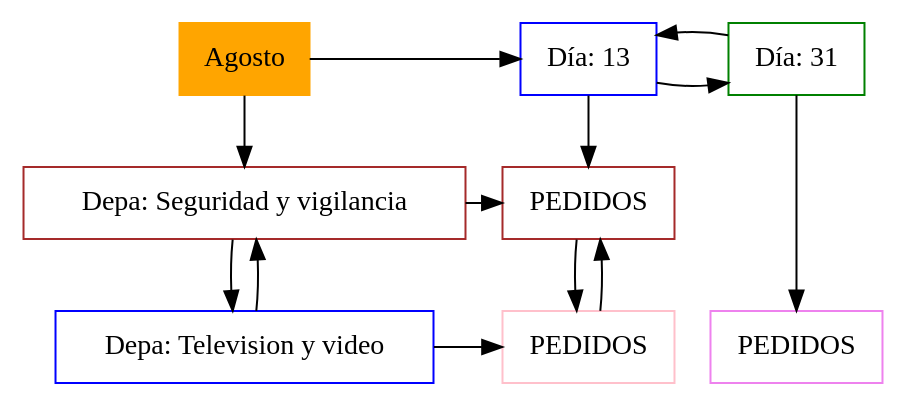
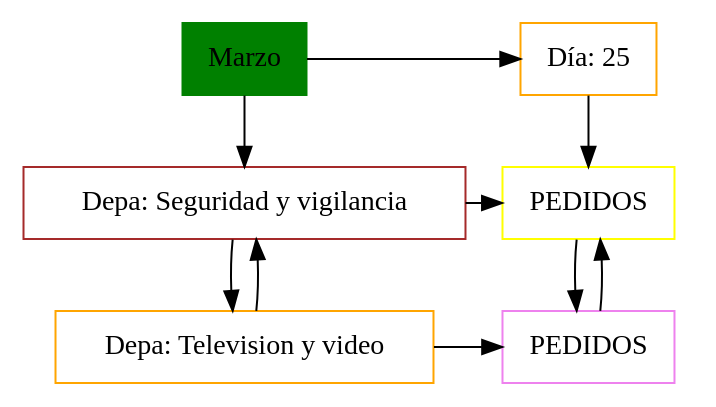
The diagram in cliente/src/ImagenMatriz/Matriz.dot (Daniel-Chicas/EDD_VirtualMall_201807079), drawn with Graphviz before and after one commit. The commit also changed 11 other files, not shown here.

```diff
--- a/cliente/src/ImagenMatriz/Matriz.dot
+++ b/cliente/src/ImagenMatriz/Matriz.dot
@@ -1,28 +1,23 @@
-digraph Daniel20208{
+digraph Daniel20213{
 node[shape=box];
-MT[label="Agosto", style = filled, color=orange, group = 1];
+MT[label="Marzo", style = filled, color=green, group = 1];
 e0[shape = point, width = 0];
 e0[shape = point, width = 0];
-node0xc000043ea0[color=brown, label="Depa: Seguridad y vigilancia", group = 1];
-MT->node0xc000043ea0;
-node0xc000043ea0->node0xc0001be0a0;
-node0xc0001be0a0[color=blue, label="Depa: Television y video", group = 1];
-node0xc0001be0a0->node0xc000043ea0;
-node0xc000043ef0[color=blue, label="Día: 13", group = 2];
-MT->node0xc000043ef0;
-node0xc000043ef0->node0xc0001be0f0;
-node0xc0001be0f0[color=green, label="Día: 31", group = 3];
-node0xc0001be0f0->node0xc000043ef0;
-{rank = same;MT;node0xc000043ef0;node0xc0001be0f0;}
-node0xc0000670b8[color=brown, label="PEDIDOS", group = 2];
-node0xc000043ef0->node0xc0000670b8;
-node0xc000067798[color=pink, label="PEDIDOS", group = 2];
-node0xc0000670b8->node0xc000067798;
-node0xc000067798->node0xc0000670b8;
-node0xc000067a58[color=violet, label="PEDIDOS", group = 3];
-node0xc0001be0f0->node0xc000067a58;
-node0xc000043ea0->node0xc0000670b8;
-{rank = same;node0xc000043ea0;node0xc0000670b8;}
-node0xc0001be0a0->node0xc000067798;
-{rank = same;node0xc0001be0a0;node0xc000067798;node0xc000067a58;}
+node0xc0001591d0[color=brown, label="Depa: Seguridad y vigilancia", group = 1];
+MT->node0xc0001591d0;
+node0xc0001591d0->node0xc000042050;
+node0xc000042050[color=orange, label="Depa: Television y video", group = 1];
+node0xc000042050->node0xc0001591d0;
+node0xc000159220[color=orange, label="Día: 25", group = 2];
+MT->node0xc000159220;
+{rank = same;MT;node0xc000159220;}
+node0xc000144a88[color=yellow, label="PEDIDOS", group = 2];
+node0xc000159220->node0xc000144a88;
+node0xc000094458[color=violet, label="PEDIDOS", group = 2];
+node0xc000144a88->node0xc000094458;
+node0xc000094458->node0xc000144a88;
+node0xc0001591d0->node0xc000144a88;
+{rank = same;node0xc0001591d0;node0xc000144a88;}
+node0xc000042050->node0xc000094458;
+{rank = same;node0xc000042050;node0xc000094458;}
 }
```
